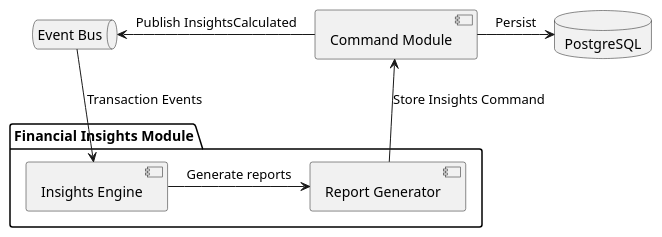
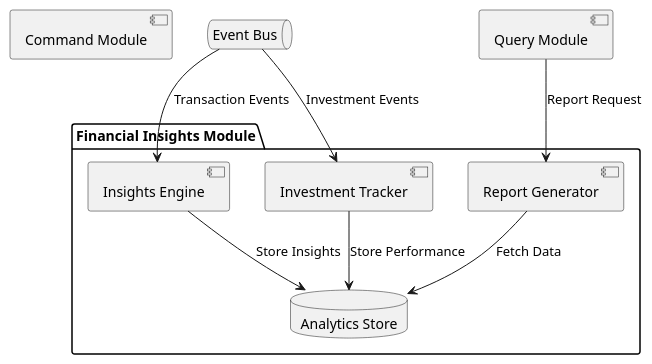
Before and after one commit to Osguima3/welz: the ninth of 9 diagrams in docs/architecture.md, drawn with PlantUML. The commit also changed other lines of this file and 6 other files, not shown here.

````diff
--- a/docs/architecture.md
+++ b/docs/architecture.md
@@ -598,19 +1001,26 @@
 ```plantuml
 @startuml
 package "Financial Insights Module" {
     [Insights Engine]
     [Report Generator]
+    [Investment Tracker]
+    database "Analytics Store"
 }
 
 [Command Module]
 queue "Event Bus"
-database "PostgreSQL"
+[Query Module]
 
 ' Event Processing Flow
 [Event Bus] --> [Insights Engine] : "Transaction Events"
-[Insights Engine] -right-> [Report Generator] : "Generate reports"
-[Report Generator] -up-> [Command Module] : "Store Insights Command"
-[Command Module] -right-> [PostgreSQL] : "Persist"
-[Command Module] -left-> [Event Bus] : "Publish InsightsCalculated"
+[Event Bus] --> [Investment Tracker] : "Investment Events"
+
+' Analysis flows
+[Insights Engine] --> [Analytics Store] : "Store Insights"
+[Investment Tracker] --> [Analytics Store] : "Store Performance"
+
+' Query flows
+[Query Module] --> [Report Generator] : "Report Request"
+[Report Generator] --> [Analytics Store] : "Fetch Data"
 @enduml
 ```
````
